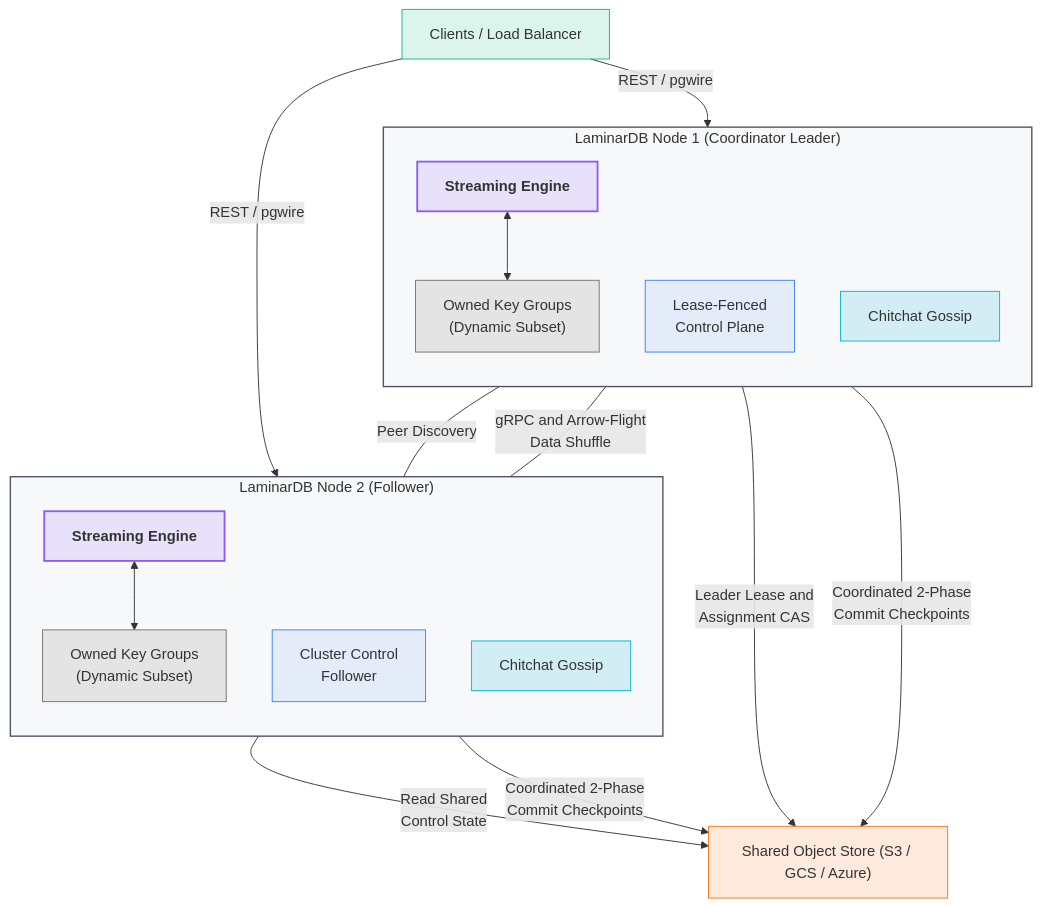
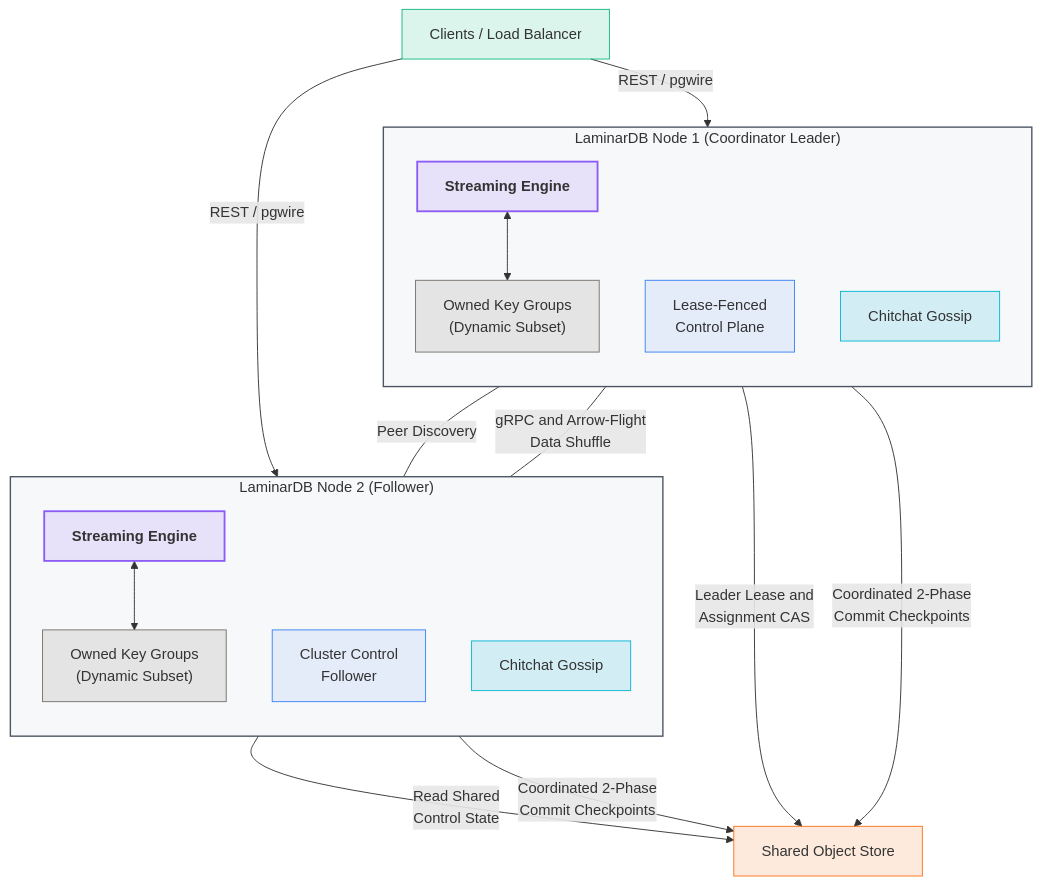
Before and after one commit to laminardb/laminardb: the fourth of 5 diagrams in README.md, drawn with Mermaid. The commit also changed other lines of this file and 64 other files, not shown here.

````diff
--- a/README.md
+++ b/README.md
@@ -578,46 +579,46 @@
 ```mermaid
 graph TD
     classDef clientClass fill:#10b981,fill-opacity:0.15,stroke:#10b981,stroke-width:1px;
     classDef engineClass fill:#8b5cf6,fill-opacity:0.15,stroke:#8b5cf6,stroke-width:2px,font-weight:bold;
     classDef controlClass fill:#3b82f6,fill-opacity:0.1,stroke:#3b82f6,stroke-width:1px;
     classDef gossipClass fill:#06b6d4,fill-opacity:0.15,stroke:#06b6d4,stroke-width:1px;
     classDef vnodeClass fill:#78716c,fill-opacity:0.15,stroke:#78716c,stroke-width:1px;
     classDef storageClass fill:#f97316,fill-opacity:0.15,stroke:#f97316,stroke-width:1px;
 
     Client["Clients / Load Balancer"]:::clientClass
     
     subgraph Node1["LaminarDB Node 1 (Coordinator Leader)"]
         direction TB
         E1["Streaming Engine"]:::engineClass
         Control1["Lease-Fenced<br/>Control Plane"]:::controlClass
         Gossip1["Chitchat Gossip"]:::gossipClass
         VNodes1["Owned Key Groups<br/>(Dynamic Subset)"]:::vnodeClass
         E1 <--> VNodes1
     end
 
     subgraph Node2["LaminarDB Node 2 (Follower)"]
         direction TB
         E2["Streaming Engine"]:::engineClass
         Control2["Cluster Control<br/>Follower"]:::controlClass
         Gossip2["Chitchat Gossip"]:::gossipClass
         VNodes2["Owned Key Groups<br/>(Dynamic Subset)"]:::vnodeClass
         E2 <--> VNodes2
     end
 
     %% Client Operations
     Client -->|"REST / pgwire"| Node1
     Client -->|"REST / pgwire"| Node2
 
     %% Node Communication
     Gossip1 ---|"Peer Discovery"| Gossip2
     E1 ---|"gRPC and Arrow-Flight<br/>Data Shuffle"| E2
 
     %% Distributed Durability
-    Control1 -->|"Leader Lease and<br/>Assignment CAS"| SharedStore["Shared Object Store (S3 / GCS / Azure)"]:::storageClass
+    Control1 -->|"Leader Lease and<br/>Assignment CAS"| SharedStore["Shared Object Store"]:::storageClass
     Control2 -->|"Read Shared<br/>Control State"| SharedStore
     Node1 -->|"Coordinated 2-Phase<br/>Commit Checkpoints"| SharedStore
     Node2 -->|"Coordinated 2-Phase<br/>Commit Checkpoints"| SharedStore:::storageClass
 
     style Node1 fill:#6b7280,fill-opacity:0.05,stroke:#4b5563,stroke-width:1.5px
     style Node2 fill:#6b7280,fill-opacity:0.05,stroke:#4b5563,stroke-width:1.5px
 ```
````
